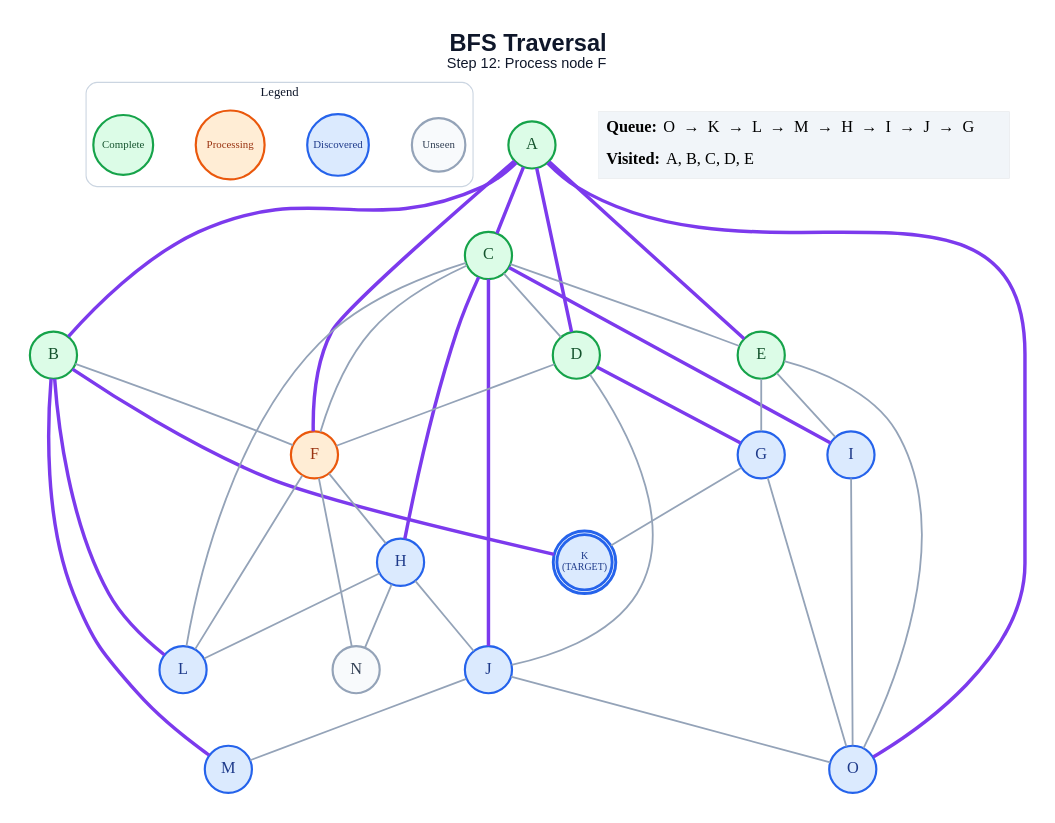
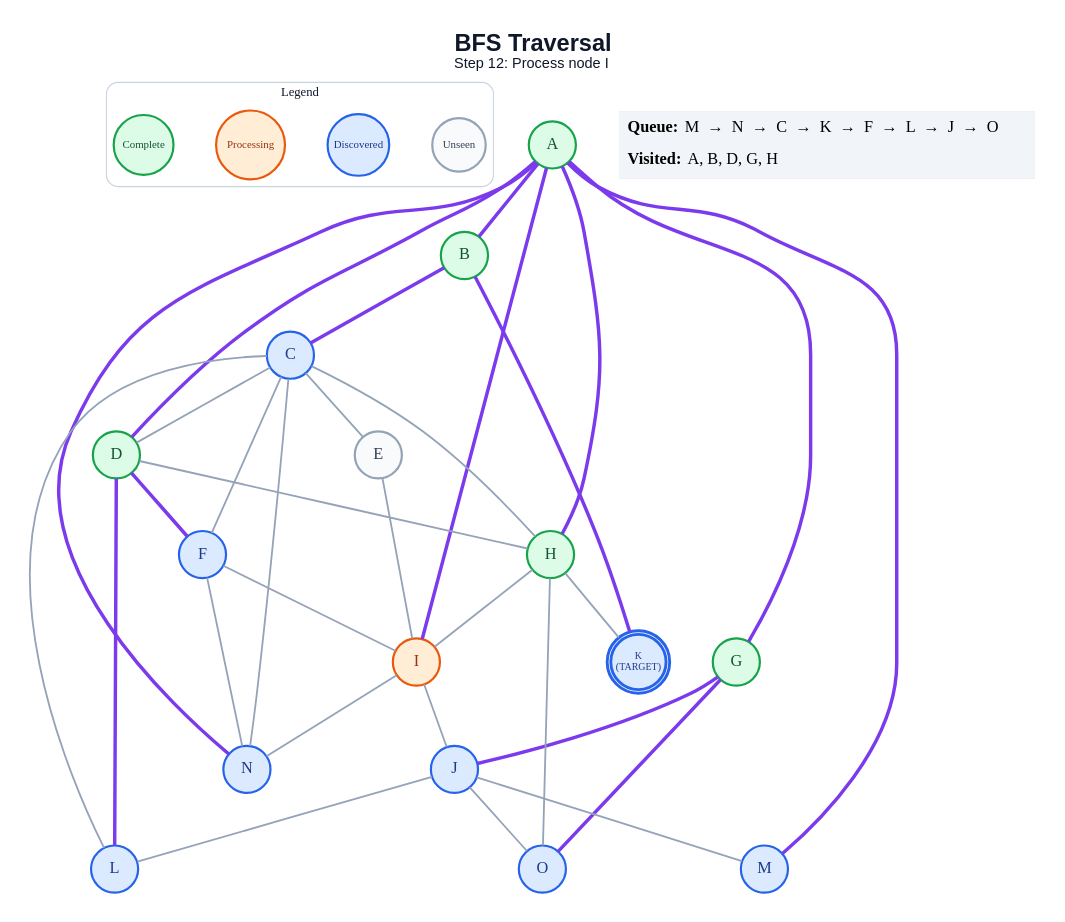
Before and after one commit to anon7238593-create/ai-slop: the diagram in generated/bfs/step_12.dot, drawn with Graphviz. The commit also changed 209 other files, not shown here.

```diff
--- a/generated/bfs/step_12.dot
+++ b/generated/bfs/step_12.dot
@@ -1,68 +1,65 @@
 graph traversal {
   graph [layout=dot, rankdir=TB, bgcolor="#FFFFFF", pad="0.35", nodesep="0.65", ranksep="0.8", fontname="Arial"];
   node [shape=circle, style="filled", fontname="Arial Bold", fontsize=18, width=0.72, fixedsize=true, penwidth=2.4];
   edge [color="#94A3B8", penwidth=2.0];
-  label=<<B>BFS Traversal</B><BR/><FONT POINT-SIZE="16">Step 12: Process node F</FONT>>; labelloc="t"; fontsize=26; fontname="Arial"; fontcolor="#0F172A";
+  label=<<B>BFS Traversal</B><BR/><FONT POINT-SIZE="16">Step 12: Process node I</FONT>>; labelloc="t"; fontsize=26; fontname="Arial"; fontcolor="#0F172A";
   subgraph cluster_legend { label="Legend"; color="#CBD5E1"; penwidth=1.2; style="rounded"; fontsize=14; fontname="Arial Bold";
     key_unseen [label="Unseen", fillcolor="#F8FAFC", color="#94A3B8", fontcolor="#334155", fontsize=12, width=0.82];
     key_frontier [label="Discovered", fillcolor="#DBEAFE", color="#2563EB", fontcolor="#1E3A8A", fontsize=12, width=0.95];
     key_current [label="Processing", fillcolor="#FFEDD5", color="#EA580C", fontcolor="#9A3412", fontsize=12, width=1.05];
     key_done [label="Complete", fillcolor="#DCFCE7", color="#16A34A", fontcolor="#14532D", fontsize=12, width=0.92];
     { rank=same; key_unseen; key_frontier; key_current; key_done; }
   }
   A [label="A", fillcolor="#DCFCE7", color="#16A34A", fontcolor="#14532D", peripheries=1, penwidth=2.4];
   B [label="B", fillcolor="#DCFCE7", color="#16A34A", fontcolor="#14532D", peripheries=1, penwidth=2.4];
-  C [label="C", fillcolor="#DCFCE7", color="#16A34A", fontcolor="#14532D", peripheries=1, penwidth=2.4];
+  C [label="C", fillcolor="#DBEAFE", color="#2563EB", fontcolor="#1E3A8A", peripheries=1, penwidth=2.4];
   D [label="D", fillcolor="#DCFCE7", color="#16A34A", fontcolor="#14532D", peripheries=1, penwidth=2.4];
-  E [label="E", fillcolor="#DCFCE7", color="#16A34A", fontcolor="#14532D", peripheries=1, penwidth=2.4];
-  F [label="F", fillcolor="#FFEDD5", color="#EA580C", fontcolor="#9A3412", peripheries=1, penwidth=2.4];
-  G [label="G", fillcolor="#DBEAFE", color="#2563EB", fontcolor="#1E3A8A", peripheries=1, penwidth=2.4];
-  H [label="H", fillcolor="#DBEAFE", color="#2563EB", fontcolor="#1E3A8A", peripheries=1, penwidth=2.4];
-  I [label="I", fillcolor="#DBEAFE", color="#2563EB", fontcolor="#1E3A8A", peripheries=1, penwidth=2.4];
+  E [label="E", fillcolor="#F8FAFC", color="#94A3B8", fontcolor="#334155", peripheries=1, penwidth=2.4];
+  F [label="F", fillcolor="#DBEAFE", color="#2563EB", fontcolor="#1E3A8A", peripheries=1, penwidth=2.4];
+  G [label="G", fillcolor="#DCFCE7", color="#16A34A", fontcolor="#14532D", peripheries=1, penwidth=2.4];
+  H [label="H", fillcolor="#DCFCE7", color="#16A34A", fontcolor="#14532D", peripheries=1, penwidth=2.4];
+  I [label="I", fillcolor="#FFEDD5", color="#EA580C", fontcolor="#9A3412", peripheries=1, penwidth=2.4];
   J [label="J", fillcolor="#DBEAFE", color="#2563EB", fontcolor="#1E3A8A", peripheries=1, penwidth=2.4];
   K [label="K\n(TARGET)", fillcolor="#DBEAFE", color="#2563EB", fontcolor="#1E3A8A", peripheries=2, penwidth=3.2, fontsize=11, width=0.85, height=0.85];
   L [label="L", fillcolor="#DBEAFE", color="#2563EB", fontcolor="#1E3A8A", peripheries=1, penwidth=2.4];
   M [label="M", fillcolor="#DBEAFE", color="#2563EB", fontcolor="#1E3A8A", peripheries=1, penwidth=2.4];
-  N [label="N", fillcolor="#F8FAFC", color="#94A3B8", fontcolor="#334155", peripheries=1, penwidth=2.4];
+  N [label="N", fillcolor="#DBEAFE", color="#2563EB", fontcolor="#1E3A8A", peripheries=1, penwidth=2.4];
   O [label="O", fillcolor="#DBEAFE", color="#2563EB", fontcolor="#1E3A8A", peripheries=1, penwidth=2.4];
   A -- B [color="#7C3AED", penwidth=3.8];
-  A -- C [color="#7C3AED", penwidth=3.8];
   A -- D [color="#7C3AED", penwidth=3.8];
-  A -- E [color="#7C3AED", penwidth=3.8];
-  A -- F [color="#7C3AED", penwidth=3.8];
-  A -- O [color="#7C3AED", penwidth=3.8];
-  B -- F;
+  A -- G [color="#7C3AED", penwidth=3.8];
+  A -- H [color="#7C3AED", penwidth=3.8];
+  A -- I [color="#7C3AED", penwidth=3.8];
+  A -- M [color="#7C3AED", penwidth=3.8];
+  A -- N [color="#7C3AED", penwidth=3.8];
+  B -- C [color="#7C3AED", penwidth=3.8];
   B -- K [color="#7C3AED", penwidth=3.8];
-  B -- L [color="#7C3AED", penwidth=3.8];
-  B -- M [color="#7C3AED", penwidth=3.8];
   C -- D;
   C -- E;
   C -- F;
-  C -- H [color="#7C3AED", penwidth=3.8];
-  C -- I [color="#7C3AED", penwidth=3.8];
-  C -- J [color="#7C3AED", penwidth=3.8];
+  C -- H;
   C -- L;
-  D -- F;
-  D -- G [color="#7C3AED", penwidth=3.8];
-  D -- J;
-  E -- G;
+  C -- N;
+  D -- F [color="#7C3AED", penwidth=3.8];
+  D -- H;
+  D -- L [color="#7C3AED", penwidth=3.8];
   E -- I;
-  E -- O;
-  F -- H;
-  F -- L;
+  F -- I;
   F -- N;
-  G -- K;
-  G -- O;
-  H -- J;
-  H -- L;
-  H -- N;
-  I -- O;
+  G -- J [color="#7C3AED", penwidth=3.8];
+  G -- O [color="#7C3AED", penwidth=3.8];
+  H -- I;
+  H -- K;
+  H -- O;
+  I -- J;
+  I -- N;
+  J -- L;
   J -- M;
   J -- O;
   status [shape=plain, fixedsize=false, width=0, height=0, margin=0, label=<
     <TABLE BORDER="0" CELLBORDER="0" CELLPADDING="7" BGCOLOR="#F1F5F9">
-      <TR><TD ALIGN="LEFT"><B>Queue:</B> O  →  K  →  L  →  M  →  H  →  I  →  J  →  G</TD></TR>
-      <TR><TD ALIGN="LEFT"><B>Visited:</B> A, B, C, D, E</TD></TR>
+      <TR><TD ALIGN="LEFT"><B>Queue:</B> M  →  N  →  C  →  K  →  F  →  L  →  J  →  O</TD></TR>
+      <TR><TD ALIGN="LEFT"><B>Visited:</B> A, B, D, G, H</TD></TR>
     </TABLE>
   >];
 }
```
